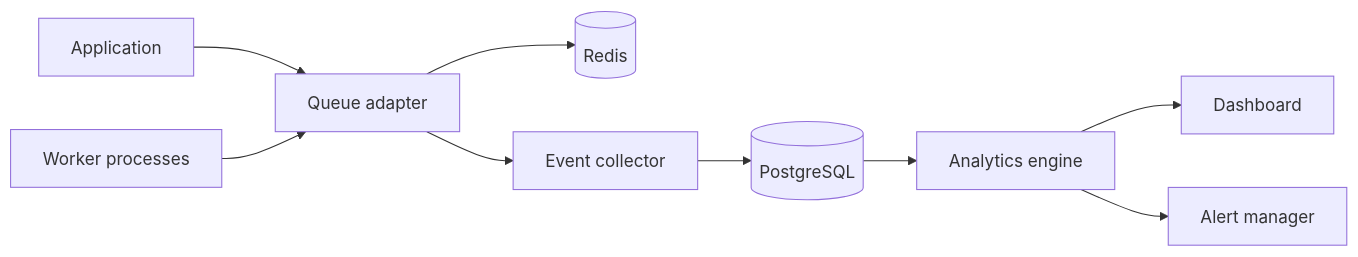
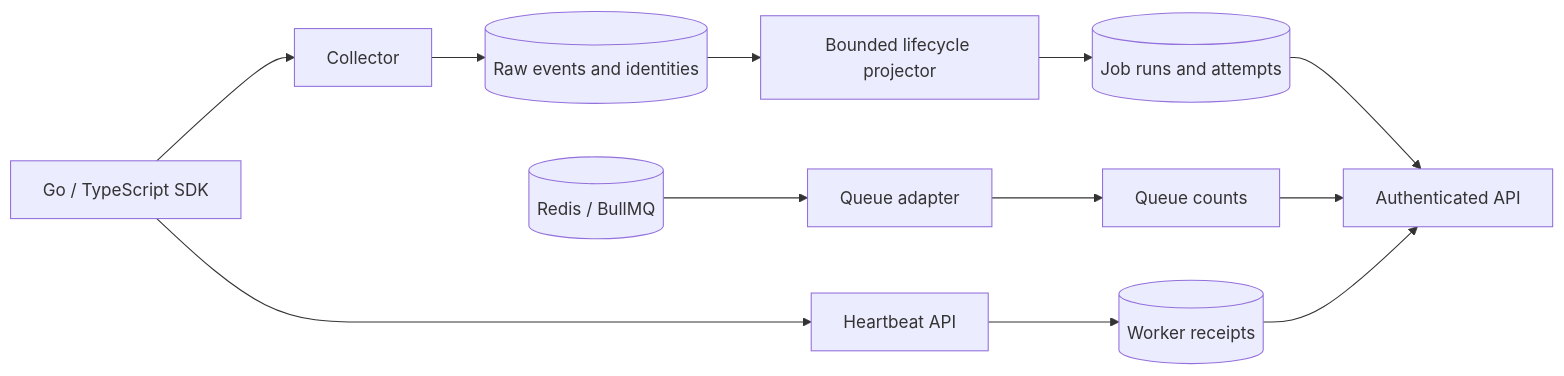
The diagram in README.md (Shellghostt/QueueLens), drawn with Mermaid before and after one commit. The commit also changed other lines of this file and 7 other files, not shown here.

````diff
--- a/README.md
+++ b/README.md
@@ -40,11 +43,14 @@
 ```mermaid
 flowchart LR
-    APP[Application] --> ADP[Queue adapter]
-    ADP --> Q[(Redis)]
-    ADP --> COL[Event collector]
-    COL --> PG[(PostgreSQL)]
-    PG --> ANA[Analytics engine]
-    ANA --> DASH[Dashboard]
-    ANA --> ALERT[Alert manager]
-    WK[Worker processes] --> ADP
+    SDK[Go / TypeScript SDK] --> COL[Collector]
+    BULL[(Redis / BullMQ)] --> ADP[Queue adapter]
+    ADP --> QV[Queue counts]
+    COL --> PG[(Raw events and identities)]
+    PG --> FOLD[Bounded lifecycle projector]
+    FOLD --> RUN[(Job runs and attempts)]
+    RUN --> API[Authenticated API]
+    QV --> API
+    SDK --> HB[Heartbeat API]
+    HB --> WK[(Worker receipts)]
+    WK --> API
 ```
````
